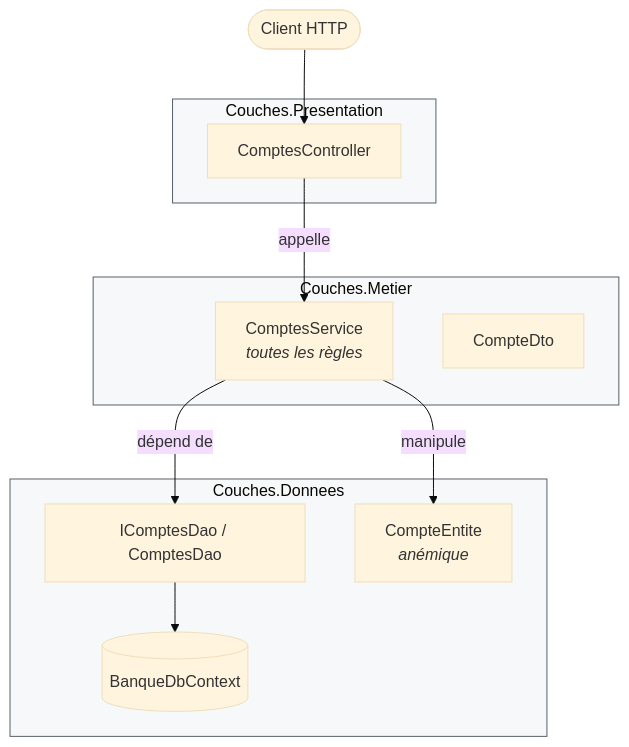
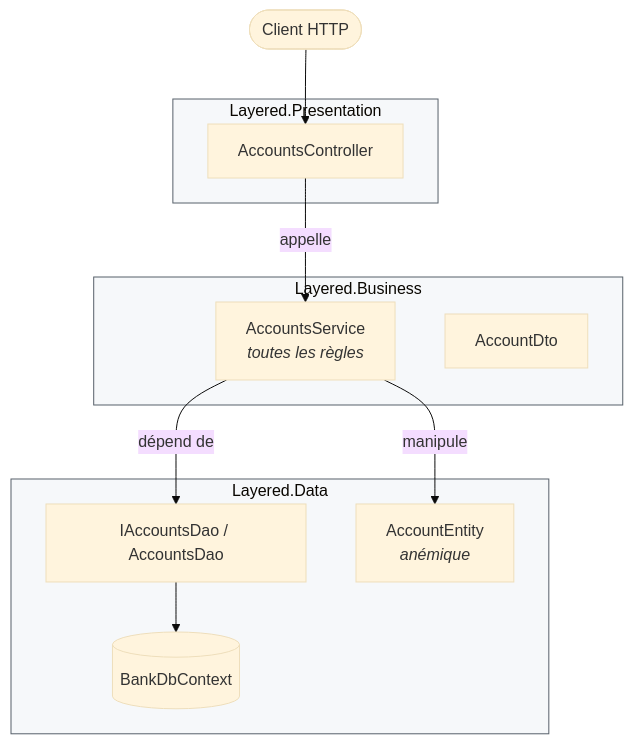
The first of 3 diagrams in Docs/00-couches.md (drangoht/ArchitecturesDemo), drawn with Mermaid (base theme) before and after one commit. The commit also changed other lines of this file and 70 other files, not shown here.

Commit message:
Docs FR : identifiants, liens, diagrammes et sorties alignés sur le code anglais

````diff
--- a/Docs/00-couches.md
+++ b/Docs/00-couches.md
@@ -17,24 +17,24 @@
 ```mermaid
 flowchart TB
     Client(["Client HTTP"])
-    subgraph P["Couches.Presentation"]
-        CC["ComptesController"]
+    subgraph P["Layered.Presentation"]
+        CC["AccountsController"]
     end
-    subgraph M["Couches.Metier"]
-        CS["ComptesService<br/><i>toutes les règles</i>"]
-        DTO["CompteDto"]
+    subgraph M["Layered.Business"]
+        CS["AccountsService<br/><i>toutes les règles</i>"]
+        DTO["AccountDto"]
     end
-    subgraph D["Couches.Donnees"]
-        DAO["IComptesDao / ComptesDao"]
-        E["CompteEntite<br/><i>anémique</i>"]
-        DB[("BanqueDbContext")]
+    subgraph D["Layered.Data"]
+        DAO["IAccountsDao / AccountsDao"]
+        E["AccountEntity<br/><i>anémique</i>"]
+        DB[("BankDbContext")]
     end
     Client --> CC
     CC -->|"appelle"| CS
     CS -->|"dépend de"| DAO
     CS -->|"manipule"| E
     DAO --> DB
 
     classDef couche fill:#f6f8fa,stroke:#57606a
     class P,M,D couche
 ```
````
